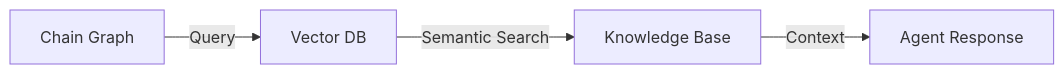
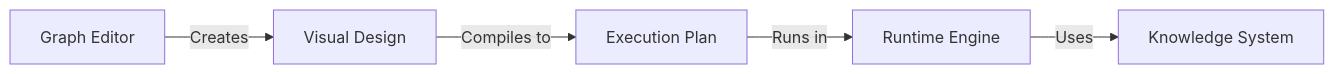
Before and after one commit to badaitech/badai-docs: the second of 2 diagrams in docs/03_chain_graph/overview.md, drawn with Mermaid. The commit also changed other lines of this file and 6 other files, not shown here.

````diff
--- a/docs/03_chain_graph/overview.md
+++ b/docs/03_chain_graph/overview.md
@@ -144,6 +76,7 @@
 ```mermaid
 graph LR
-    A[Chain Graph] -->|Query| B[Vector DB]
-    B -->|Semantic Search| C[Knowledge Base]
-    C -->|Context| D[Agent Response]
+    A[Graph Editor] -->|Creates| B[Visual Design]
+    B -->|Compiles to| C[Execution Plan]
+    C -->|Runs in| D[Runtime Engine]
+    D -->|Uses| E[Knowledge System]
 ```
````
